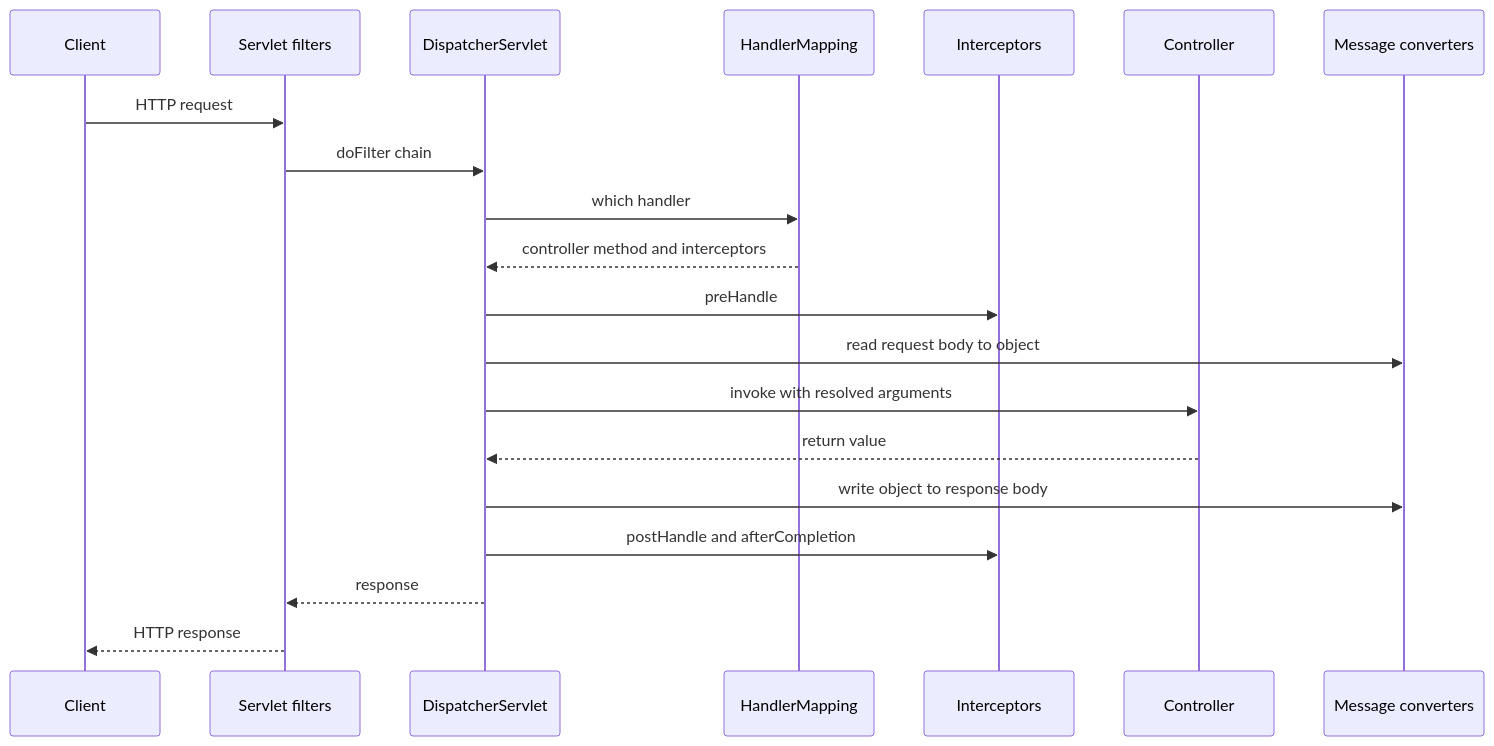
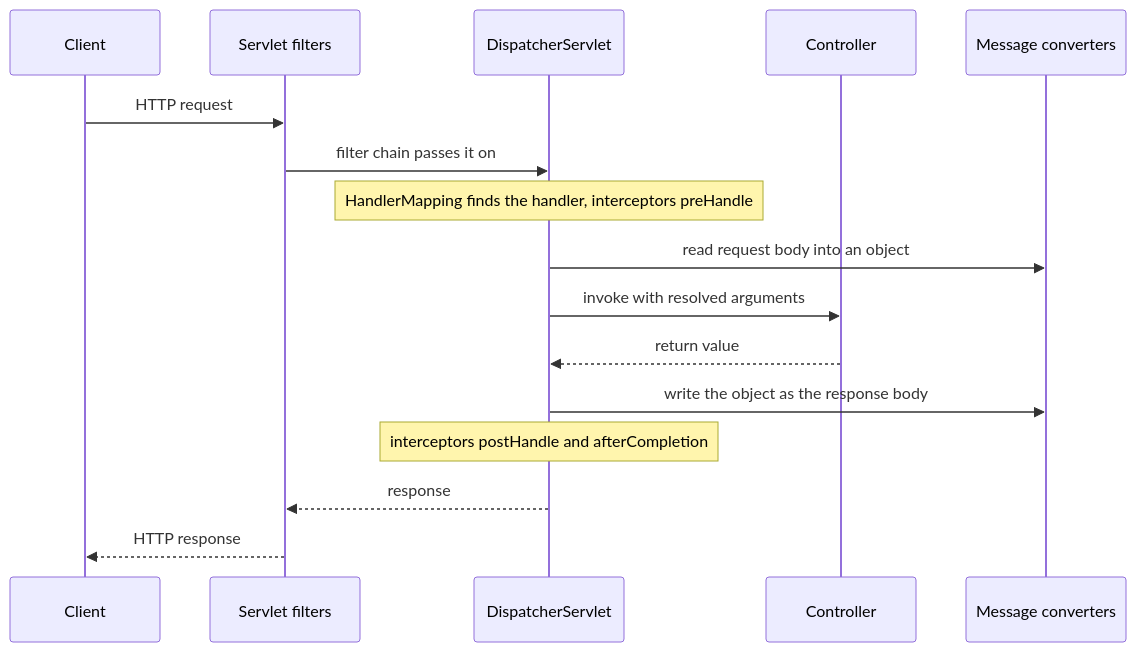
One commit to nuwan94/interview-notebook changed the diagram in content/lessons/spring-mvc.md. Above: the diagram before and after it, drawn with Mermaid. The commit also changed 2 other files, not shown here.

Commit message:
fix: keep diagram text readable over lifelines and simplify the MVC sequence diagram

````diff
--- a/content/lessons/spring-mvc.md
+++ b/content/lessons/spring-mvc.md
@@ -23,22 +23,18 @@
 ```mermaid
 sequenceDiagram
   participant C as Client
   participant F as Servlet filters
   participant D as DispatcherServlet
-  participant H as HandlerMapping
-  participant I as Interceptors
   participant K as Controller
   participant M as Message converters
   C->>F: HTTP request
-  F->>D: doFilter chain
-  D->>H: which handler
-  H-->>D: controller method and interceptors
-  D->>I: preHandle
-  D->>M: read request body to object
+  F->>D: filter chain passes it on
+  Note over D: HandlerMapping finds the handler, interceptors preHandle
+  D->>M: read request body into an object
   D->>K: invoke with resolved arguments
   K-->>D: return value
-  D->>M: write object to response body
-  D->>I: postHandle and afterCompletion
+  D->>M: write the object as the response body
+  Note over D: interceptors postHandle and afterCompletion
   D-->>F: response
   F-->>C: HTTP response
 ```
````
